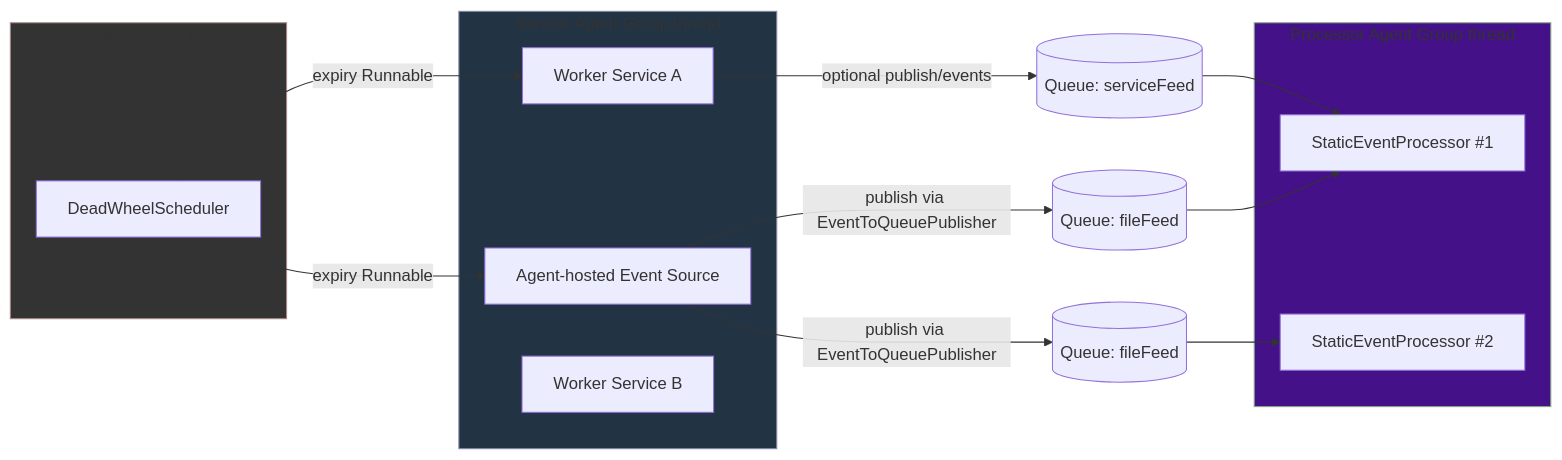
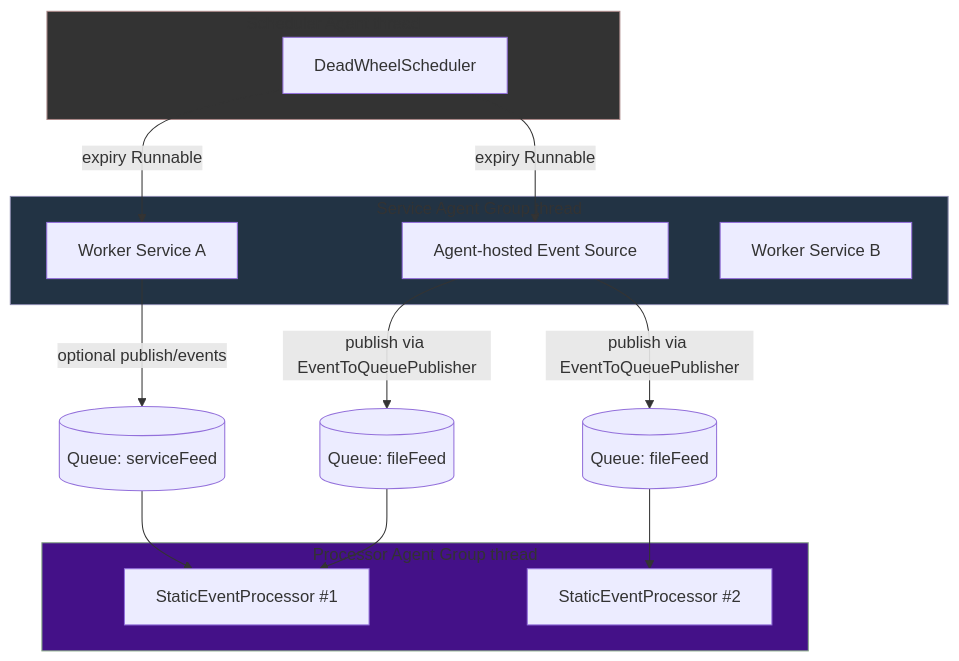
One commit to gregv12/fluxtion-server changed the first of 3 diagrams in docs/architecture/threading-model.md. Above: the diagram before and after it, drawn with Mermaid. The commit also changed other lines of this file and 2 other files, not shown here.

````diff
--- a/docs/architecture/threading-model.md
+++ b/docs/architecture/threading-model.md
@@ -45,27 +45,27 @@
 ```mermaid
-flowchart LR
+flowchart TD
     subgraph ServiceAgentGroup [Service Agent Group thread]
         ES1[Agent-hosted Event Source]
         WS1[Worker Service A]
         WS2[Worker Service B]
     end
 
     subgraph ProcessorAgentGroup [Processor Agent Group thread]
         P1[StaticEventProcessor #1]
         P2[StaticEventProcessor #2]
     end
 
     subgraph SchedulerAgent [Scheduler Agent thread]
         Svc[DeadWheelScheduler]
     end
 
     ES1 -- publish via EventToQueuePublisher --> Q1[(Queue: fileFeed)] --> P1
     ES1 -- publish via EventToQueuePublisher --> Q2[(Queue: fileFeed)] --> P2
     WS1 -- optional publish/events --> Q3[(Queue: serviceFeed)] --> P1
     Svc -- expiry Runnable --> WS1
     Svc -- expiry Runnable --> ES1
 
     style ServiceAgentGroup fill:#234,stroke:#88a
     style ProcessorAgentGroup fill:#418,stroke:#8a8
     style SchedulerAgent fill:#333,stroke:#a88
 ```
````
